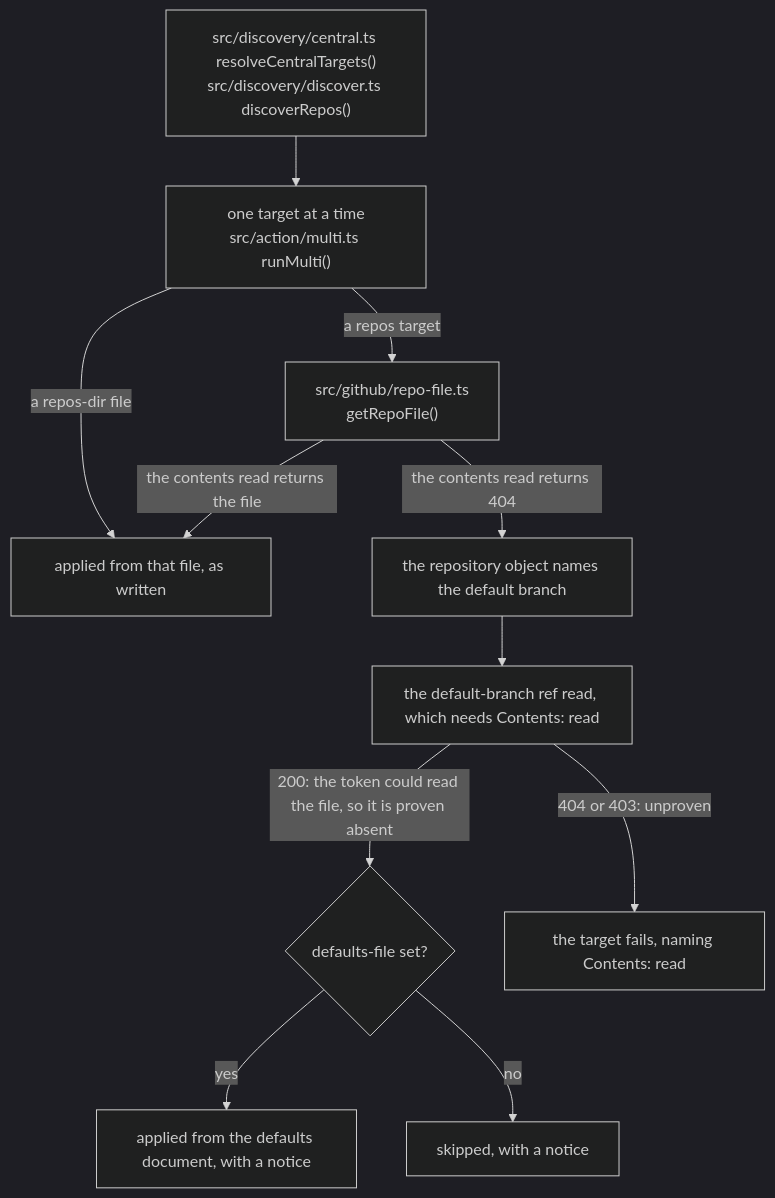
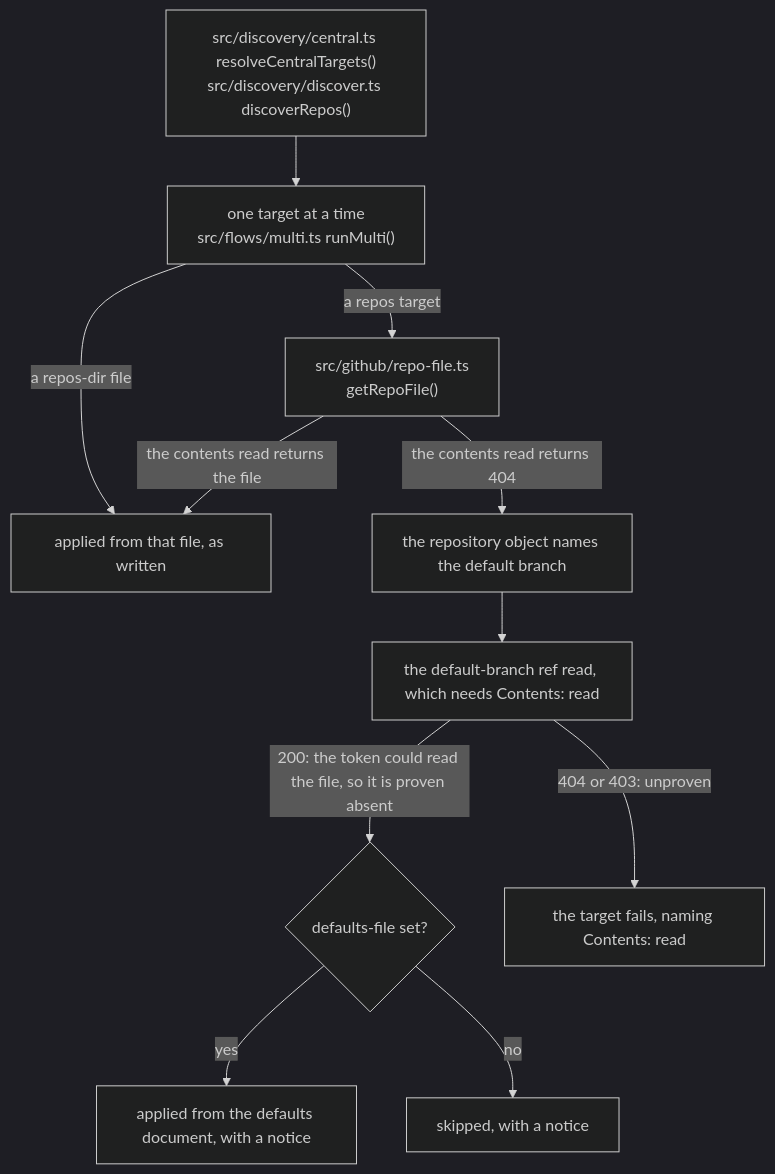
Before and after one commit to Vivswan/github-settings-as-code: the seventh of 8 diagrams in docs/reference/architecture.md, drawn with Mermaid (dark theme). The commit also changed other lines of this file and 61 other files, not shown here.

````diff
--- a/docs/reference/architecture.md
+++ b/docs/reference/architecture.md
@@ -191,23 +191,23 @@
 ```mermaid
 flowchart TD
   targets["src/discovery/central.ts resolveCentralTargets()<br>src/discovery/discover.ts discoverRepos()"]
-  each["one target at a time<br>src/action/multi.ts runMulti()"]
+  each["one target at a time<br>src/flows/multi.ts runMulti()"]
   own["applied from that file, as written"]
   fetch["src/github/repo-file.ts<br>getRepoFile()"]
   probe["the repository object names the default branch"]
   ref["the default-branch ref read, which needs Contents: read"]
   defaults{"defaults-file set?"}
   fallback["applied from the defaults document, with a notice"]
   skipped["skipped, with a notice"]
   failed["the target fails, naming Contents: read"]
   targets --> each
   each -->|a repos-dir file| own
   each -->|a repos target| fetch
   fetch -->|the contents read returns the file| own
   fetch -->|the contents read returns 404| probe
   probe --> ref
   ref -->|200: the token could read the file, so it is proven absent| defaults
   ref -->|404 or 403: unproven| failed
   defaults -->|yes| fallback
   defaults -->|no| skipped
 ```
````
